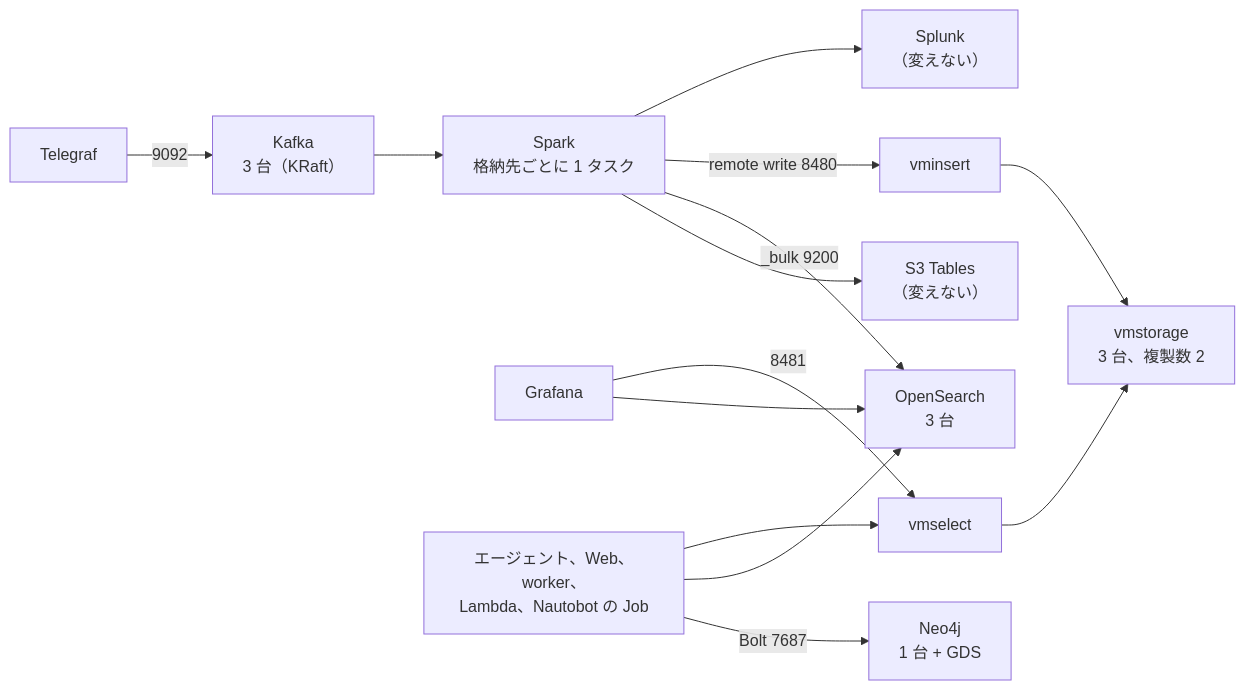
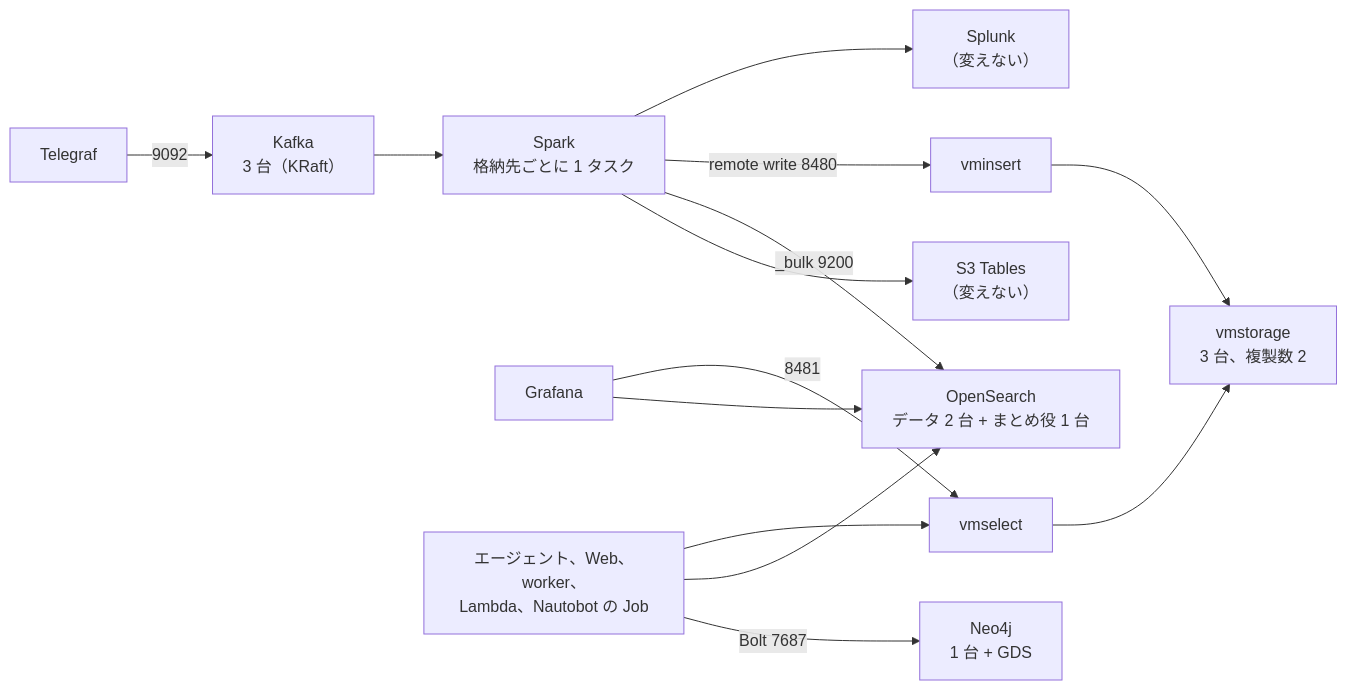
One commit to eddie-eights/nwc-poc changed the diagram in docs/cycles/005-oss-on-ecs/design.md. Above: the diagram before and after it, drawn with Mermaid. The commit also changed other lines of this file and 3 other files, not shown here.

Commit message:
005: OpenSearch を「データ 2 台 + まとめ役 1 台」にした。FAQ に 2 台ではダメな理由と 3 つの構成の比べを足した

````diff
--- a/docs/cycles/005-oss-on-ecs/design.md
+++ b/docs/cycles/005-oss-on-ecs/design.md
@@ -43,16 +43,16 @@
 ```mermaid
 flowchart LR
   T["Telegraf"] -->|"9092"| K["Kafka<br/>3 台（KRaft）"]
   K --> S["Spark<br/>格納先ごとに 1 タスク"]
   S --> I["S3 Tables<br/>（変えない）"]
-  S -->|"_bulk 9200"| O["OpenSearch<br/>3 台"]
+  S -->|"_bulk 9200"| O["OpenSearch<br/>データ 2 台 + まとめ役 1 台"]
   S -->|"remote write 8480"| VI["vminsert"]
   VI --> VS["vmstorage<br/>3 台、複製数 2"]
   VQ["vmselect"] --> VS
   S --> SP["Splunk<br/>（変えない）"]
   G["Grafana"] --> O
   G -->|"8481"| VQ
   A["エージェント、Web、worker、<br/>Lambda、Nautobot の Job"] -->|"Bolt 7687"| N["Neo4j<br/>1 台 + GDS"]
   A --> O
   A --> VQ
 ```
````
